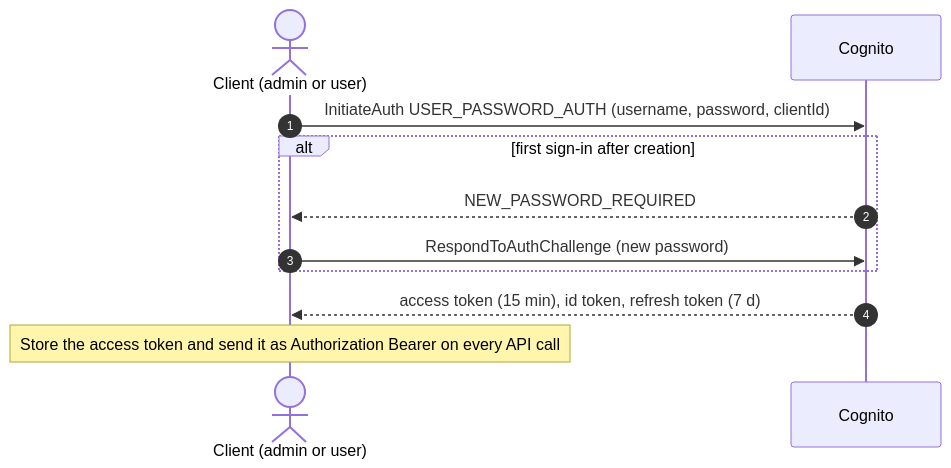
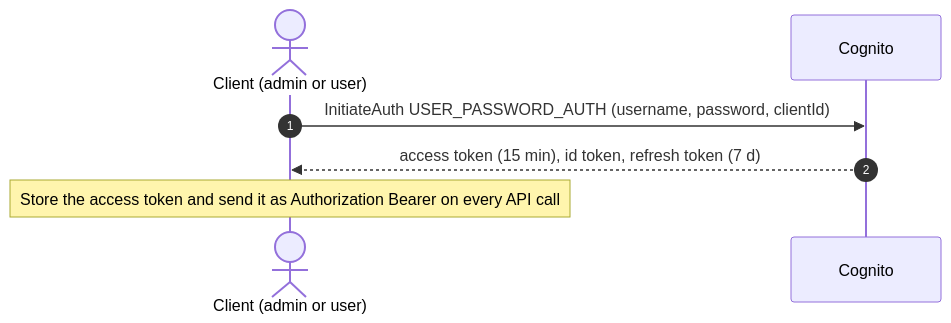
The third of 7 diagrams in docs/ARCHITECTURE.md (EnricoPicci/shared-calendar), drawn with Mermaid before and after one commit. The commit also changed other lines of this file and 2 other files, not shown here.

````diff
--- a/docs/ARCHITECTURE.md
+++ b/docs/ARCHITECTURE.md
@@ -200,14 +233,10 @@
 ```mermaid
 sequenceDiagram
     autonumber
     actor C as Client (admin or user)
     participant COG as Cognito
 
     C->>COG: InitiateAuth USER_PASSWORD_AUTH (username, password, clientId)
-    alt first sign-in after creation
-        COG-->>C: NEW_PASSWORD_REQUIRED
-        C->>COG: RespondToAuthChallenge (new password)
-    end
     COG-->>C: access token (15 min), id token, refresh token (7 d)
     Note over C: Store the access token and send it as Authorization Bearer on every API call
 ```
````
